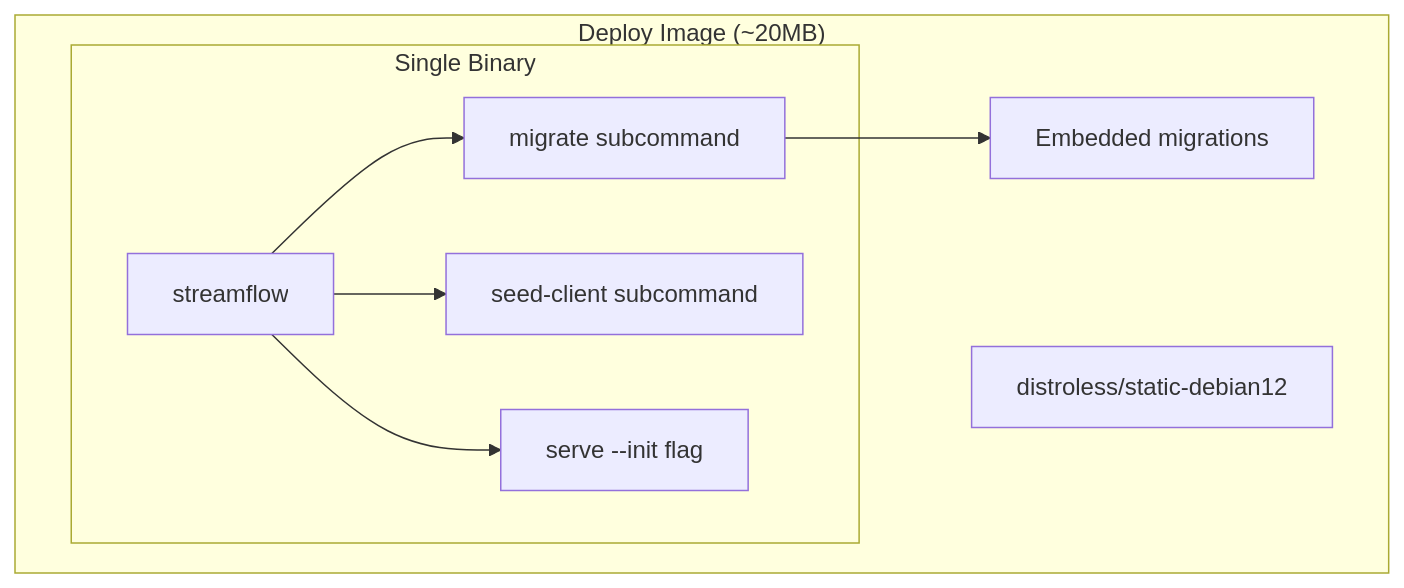
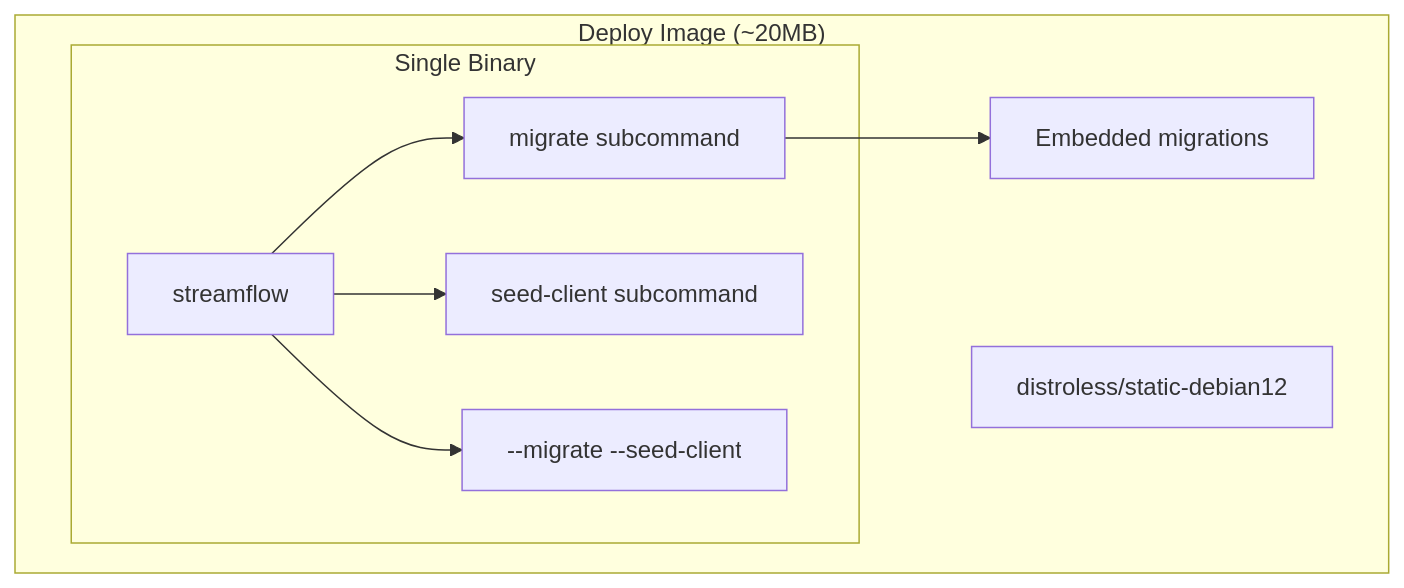
One commit to kruxia/kruxiaflow changed the second of 2 diagrams in docs/implementation/US-1C.8-distroless-deployment.md. Above: the diagram before and after it, drawn with Mermaid. The commit also changed other lines of this file and 2 other files, not shown here.

Commit message:
streamflow serve --migrate --seed-client

````diff
--- a/docs/implementation/US-1C.8-distroless-deployment.md
+++ b/docs/implementation/US-1C.8-distroless-deployment.md
@@ -81,20 +81,20 @@
 ```mermaid
 flowchart TB
     subgraph "Deploy Image (~20MB)"
         Base["distroless/static-debian12"]
 
         subgraph "Single Binary"
             SF["streamflow"]
             Migrate["migrate subcommand"]
             SeedCmd["seed-client subcommand"]
-            Init["serve --init flag"]
+            Init["--migrate --seed-client"]
         end
 
         EmbeddedMigrations["Embedded migrations"]
     end
 
     SF --> Migrate
     SF --> SeedCmd
     SF --> Init
     Migrate --> EmbeddedMigrations
 ```
````
